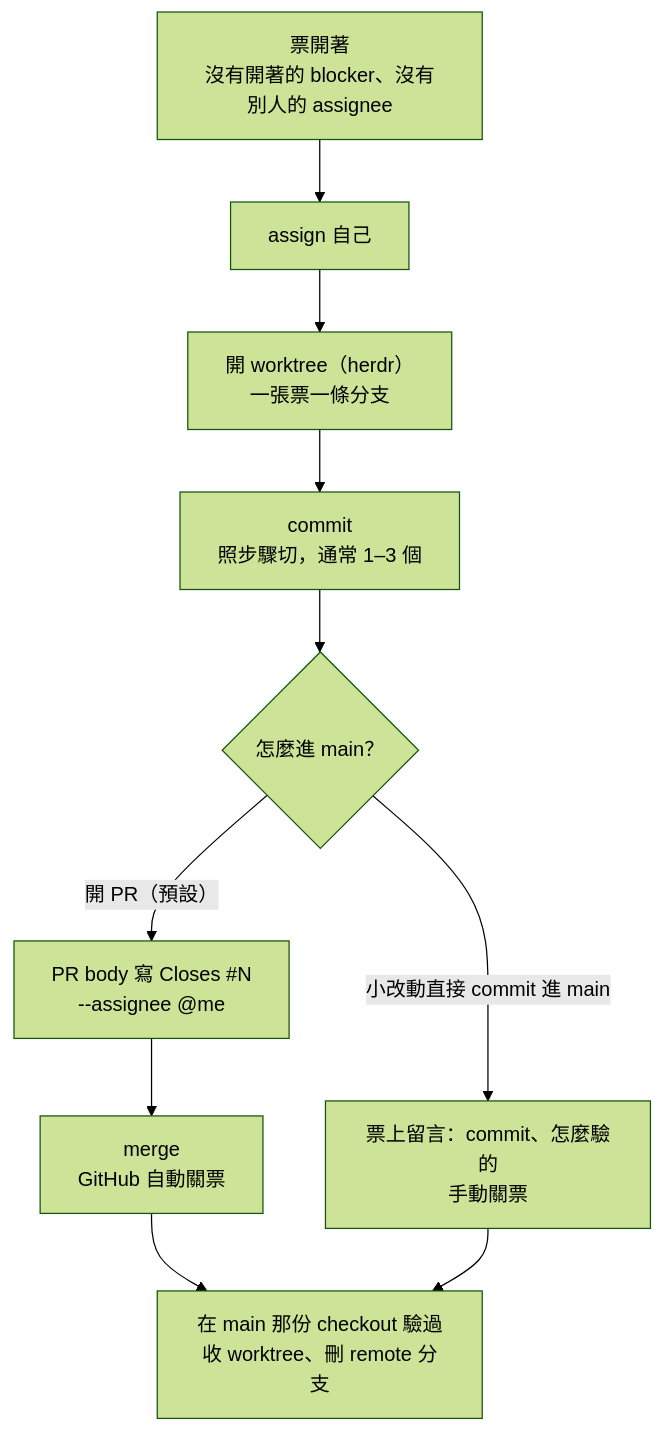
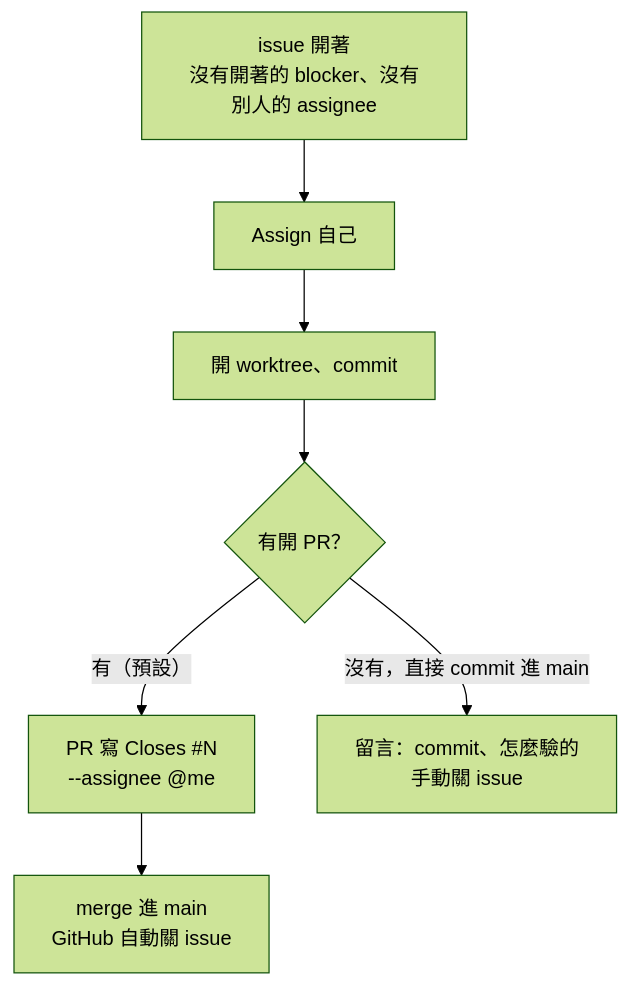
One commit to henry5720/dotfiles changed the first of 2 diagrams in docs/issue-lifecycle.md. Above: the diagram before and after it, drawn with Mermaid (forest theme). The commit also changed other lines of this file and 2 other files, not shown here.

First line of the commit message:
docs: issue 生命週期改成 Assign／Close，spec 的 PR 只 Closes spec

````diff
--- a/docs/issue-lifecycle.md
+++ b/docs/issue-lifecycle.md
@@ -11,12 +8,9 @@
 ```mermaid
 flowchart TD
-  A["票開著<br/>沒有開著的 blocker、沒有別人的 assignee"] --> B["assign 自己"]
-  B --> C["開 worktree（herdr）<br/>一張票一條分支"]
-  C --> D["commit<br/>照步驟切，通常 1–3 個"]
-  D --> E{"怎麼進 main？"}
-  E -- "開 PR（預設）" --> F["PR body 寫 Closes #N<br/>--assignee @me"]
-  F --> G["merge<br/>GitHub 自動關票"]
-  E -- "小改動直接 commit 進 main" --> H["票上留言：commit、怎麼驗的<br/>手動關票"]
-  G --> I["在 main 那份 checkout 驗過<br/>收 worktree、刪 remote 分支"]
-  H --> I
+  A["issue 開著<br/>沒有開著的 blocker、沒有別人的 assignee"] --> B["Assign 自己"]
+  B --> C["開 worktree、commit"]
+  C --> D{"有開 PR？"}
+  D -- "有（預設）" --> E["PR 寫 Closes #N<br/>--assignee @me"]
+  E --> F["merge 進 main<br/>GitHub 自動關 issue"]
+  D -- "沒有，直接 commit 進 main" --> G["留言：commit、怎麼驗的<br/>手動關 issue"]
 ```
````
